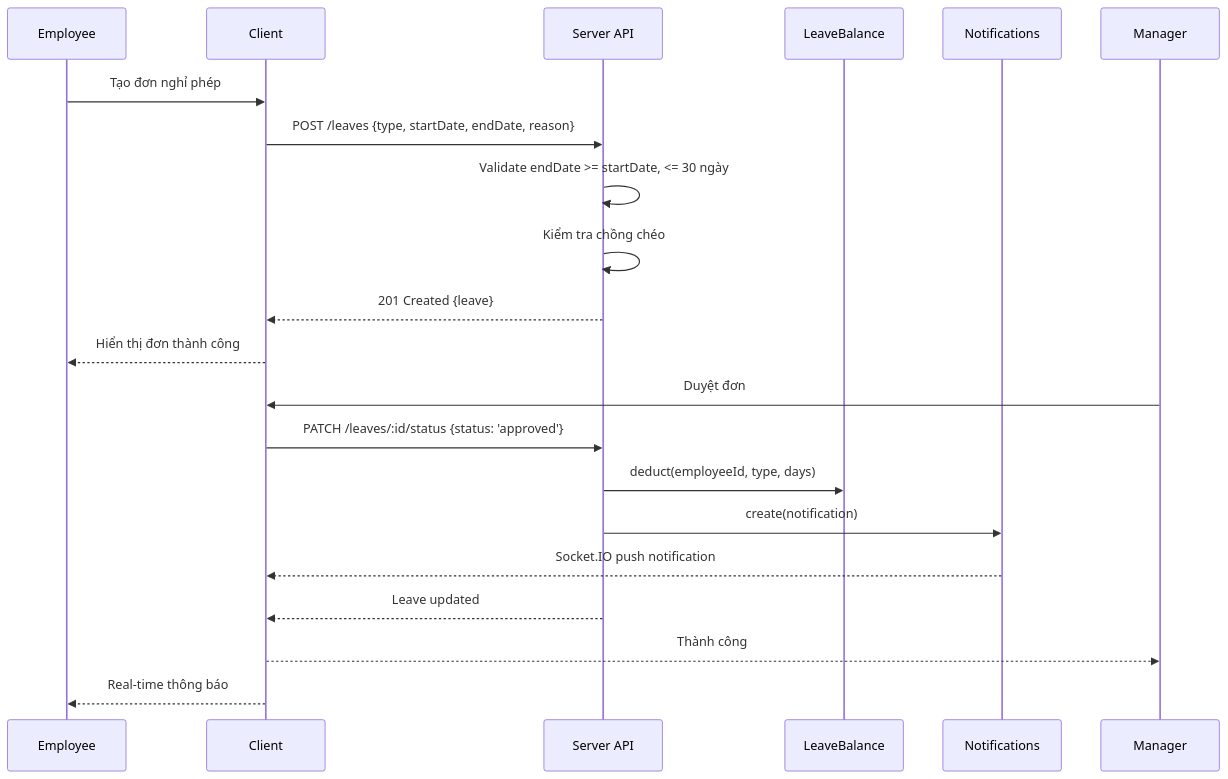
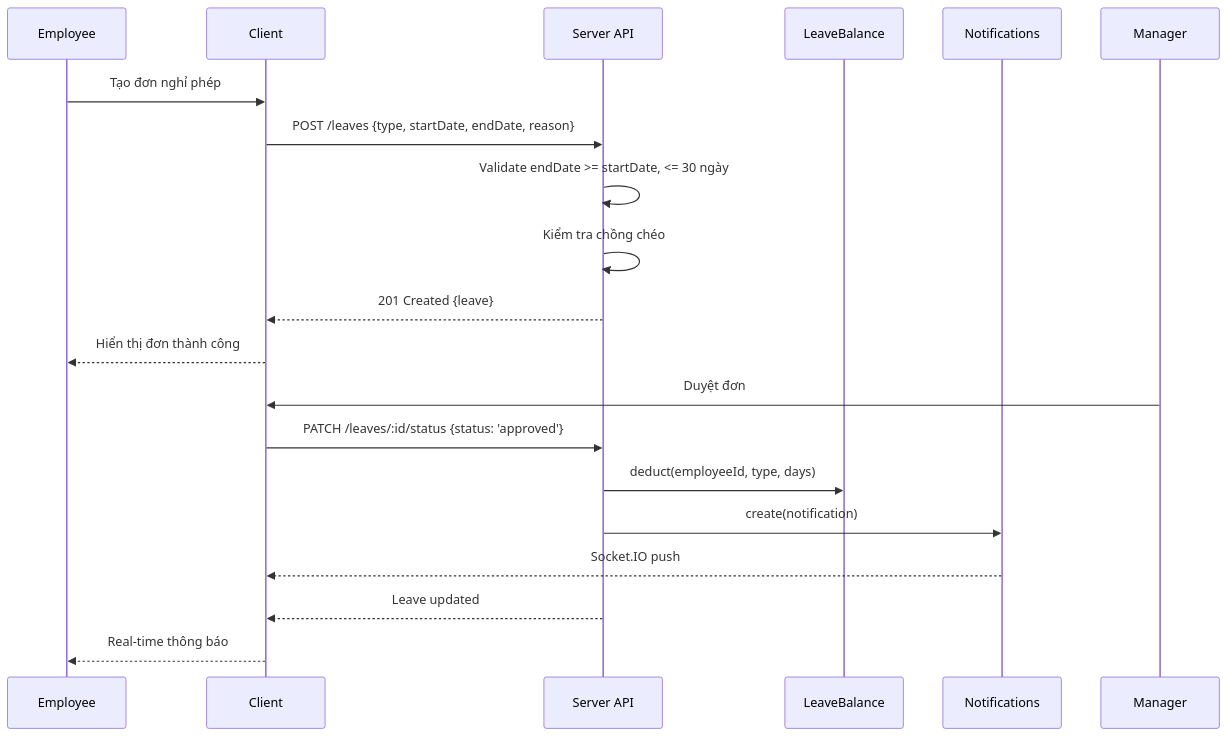
One commit to nghiaxh/hr-management changed the fifth of 8 diagrams in docs/SRS.md. Above: the diagram before and after it, drawn with Mermaid. The commit also changed other lines of this file and 8 other files, not shown here.

````diff
--- a/docs/SRS.md
+++ b/docs/SRS.md
@@ -691,24 +846,21 @@
 ```mermaid
 sequenceDiagram
     participant E as Employee
     participant UI as Client
     participant API as Server API
     participant LB as LeaveBalance
     participant NOT as Notifications
-
     E->>UI: Tạo đơn nghỉ phép
     UI->>API: POST /leaves {type, startDate, endDate, reason}
     API->>API: Validate endDate >= startDate, <= 30 ngày
     API->>API: Kiểm tra chồng chéo
     API-->>UI: 201 Created {leave}
     UI-->>E: Hiển thị đơn thành công
-
     Manager->>UI: Duyệt đơn
     UI->>API: PATCH /leaves/:id/status {status: 'approved'}
     API->>LB: deduct(employeeId, type, days)
     API->>NOT: create(notification)
-    NOT-->>UI: Socket.IO push notification
+    NOT-->>UI: Socket.IO push
     API-->>UI: Leave updated
-    UI-->>Manager: Thành công
     UI-->>E: Real-time thông báo
 ```
````
